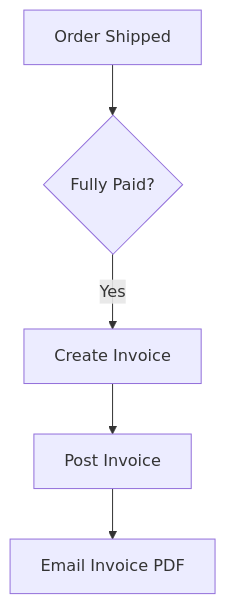
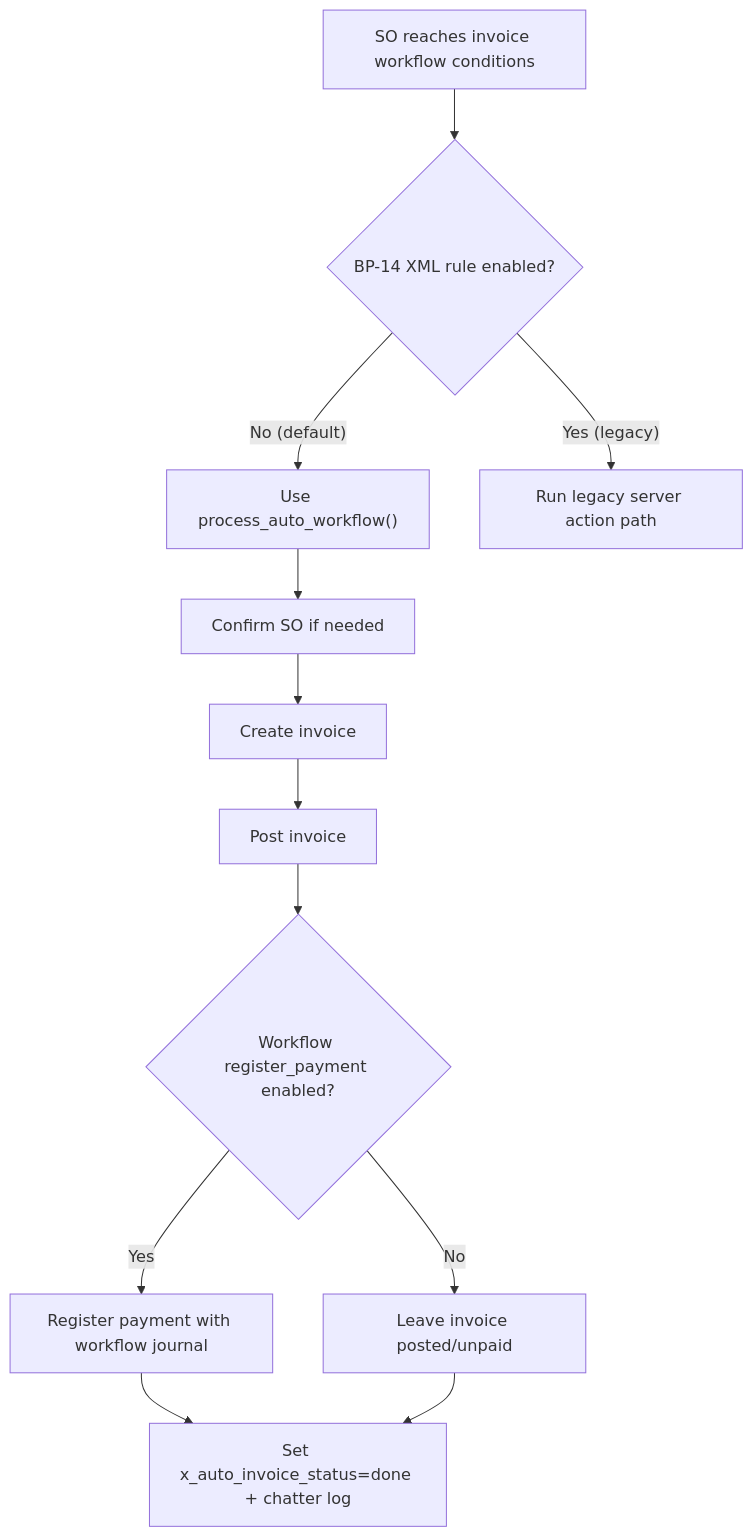
Diagram 14 of 15 in bp-automations.md (ozan-droid/documents), drawn with Mermaid before and after one commit. The commit also changed other lines of this file, not shown here.

````diff
--- a/bp-automations.md
+++ b/bp-automations.md
@@ -310,7 +363,14 @@
 ```mermaid
 graph TD
-    A["Order Shipped"] --> B{"Fully Paid?"}
-    B -- Yes --> C["Create Invoice"]
-    C --> D["Post Invoice"]
-    D --> E["Email Invoice PDF"]
+    A["SO reaches invoice workflow conditions"] --> B{"BP-14 XML rule enabled?"}
+    B -- No (default) --> C["Use process_auto_workflow()"]
+    C --> D["Confirm SO if needed"]
+    D --> E["Create invoice"]
+    E --> F["Post invoice"]
+    F --> G{"Workflow register_payment enabled?"}
+    G -- Yes --> H["Register payment with workflow journal"]
+    G -- No --> I["Leave invoice posted/unpaid"]
+    H --> J["Set x_auto_invoice_status=done + chatter log"]
+    I --> J
+    B -- Yes (legacy) --> K["Run legacy server action path"]
 ```
````
